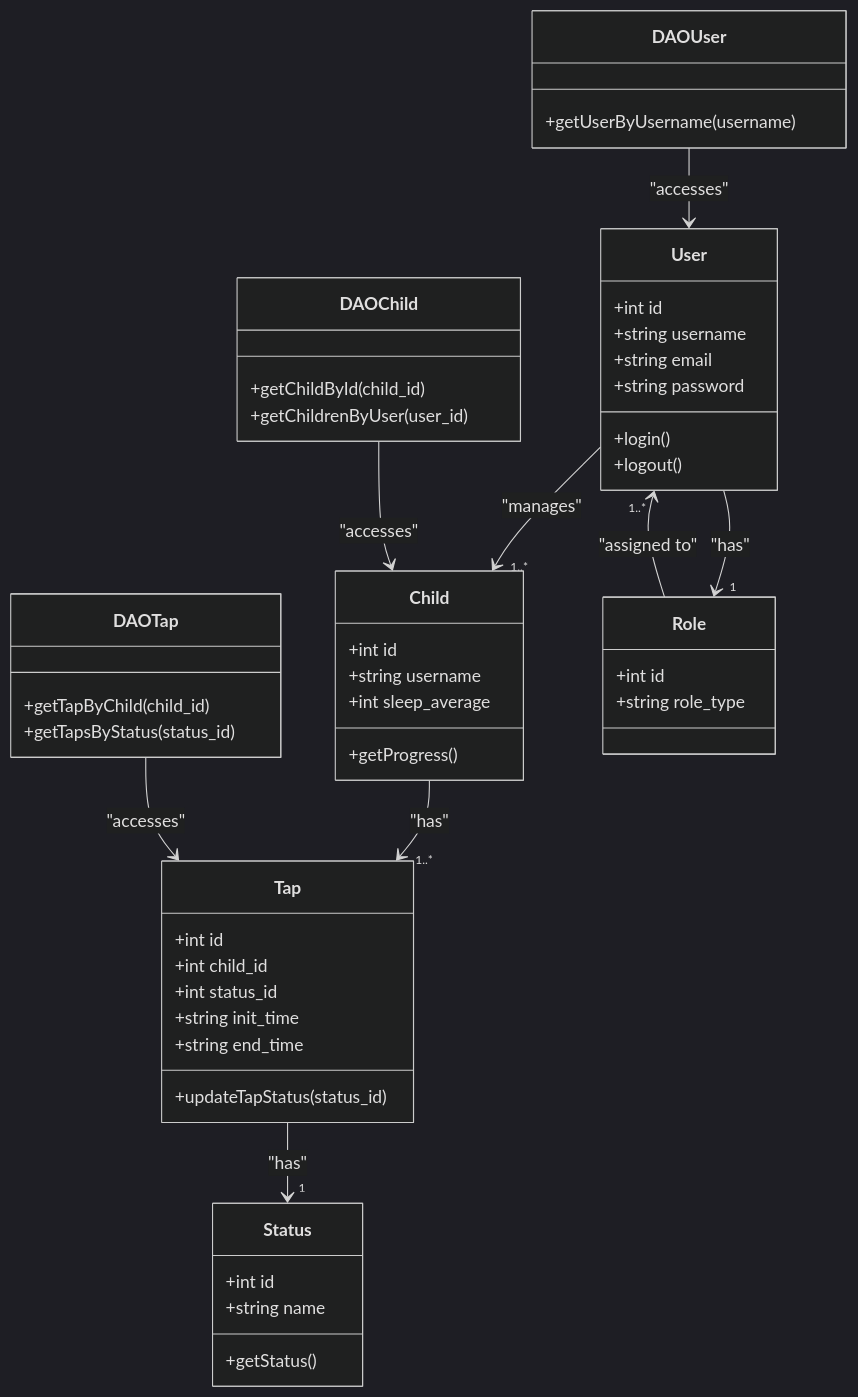
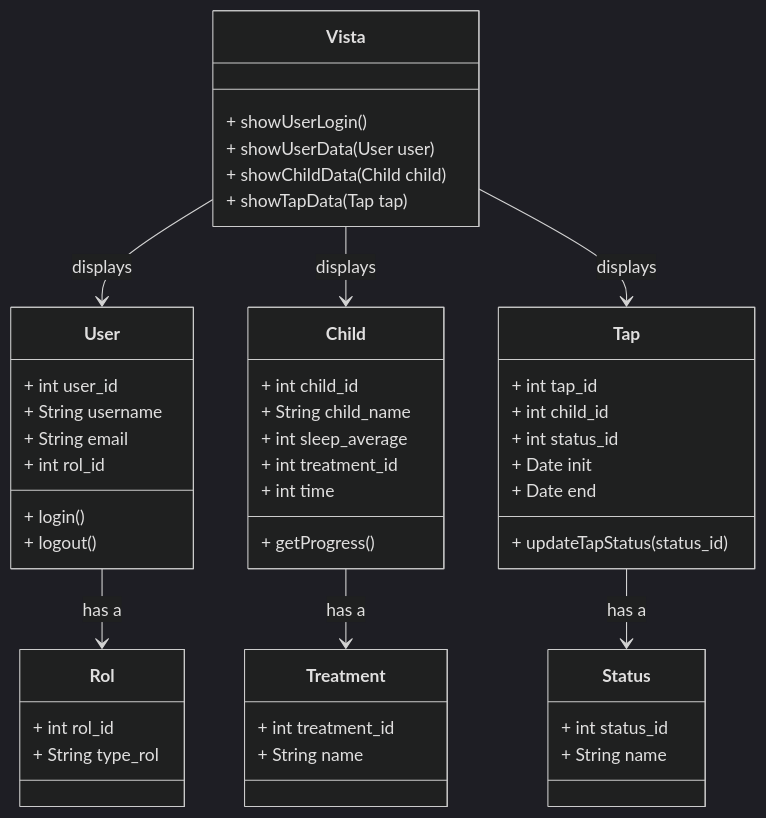
The diagram in charts/Front-end/DiagramaClassesFront-end.mermaid (atlas-74/tapatapp), drawn with Mermaid (dark theme) before and after one commit.

```diff
--- a/charts/Front-end/DiagramaClassesFront-end.mermaid
+++ b/charts/Front-end/DiagramaClassesFront-end.mermaid
@@ -1,59 +1,57 @@
 classDiagram
+    class Vista {
+        + showUserLogin()
+        + showUserData(User user)
+        + showChildData(Child child)
+        + showTapData(Tap tap)
+    }
+
     class User {
-        +int id
-        +string username
-        +string email
-        +string password
-        +login()
-        +logout()
+        + int user_id
+        + String username
+        + String email
+        + int rol_id
+        + login()
+        + logout()
     }
 
     class Child {
-        +int id
-        +string username
-        +int sleep_average
-        +getProgress()
+        + int child_id
+        + String child_name
+        + int sleep_average
+        + int treatment_id
+        + int time
+        + getProgress()
     }
 
     class Tap {
-        +int id
-        +int child_id
-        +int status_id
-        +string init_time
-        +string end_time
-        +updateTapStatus(status_id)
+        + int tap_id
+        + int child_id
+        + int status_id
+        + Date init
+        + Date end
+        + updateTapStatus(status_id)
+    }
+
+    class Rol {
+        + int rol_id
+        + String type_rol
     }
 
     class Status {
-        +int id
-        +string name
-        +getStatus()
+        + int status_id
+        + String name
     }
 
-    class DAOUser {
-        +getUserByUsername(username)
+    class Treatment {
+        + int treatment_id
+        + String name
     }
 
-    class DAOChild {
-        +getChildById(child_id)
-        +getChildrenByUser(user_id)
-    }
+    Vista --> User : displays
+    Vista --> Child : displays
+    Vista --> Tap : displays
 
-    class DAOTap {
-        +getTapByChild(child_id)
-        +getTapsByStatus(status_id)
-    }
-
-    class Role {
-        +int id
-        +string role_type
-    }
-
-    User --> "1" Role : "has"
-    User --> "1..*" Child : "manages"
-    Child --> "1..*" Tap : "has"
-    Tap --> "1" Status : "has"
-    Role --> "1..*" User : "assigned to"
-    DAOUser --> User : "accesses"
-    DAOChild --> Child : "accesses"
-    DAOTap --> Tap : "accesses"
+    User --> Rol : has a
+    Tap --> Status : has a
+    Child --> Treatment : has a
```
